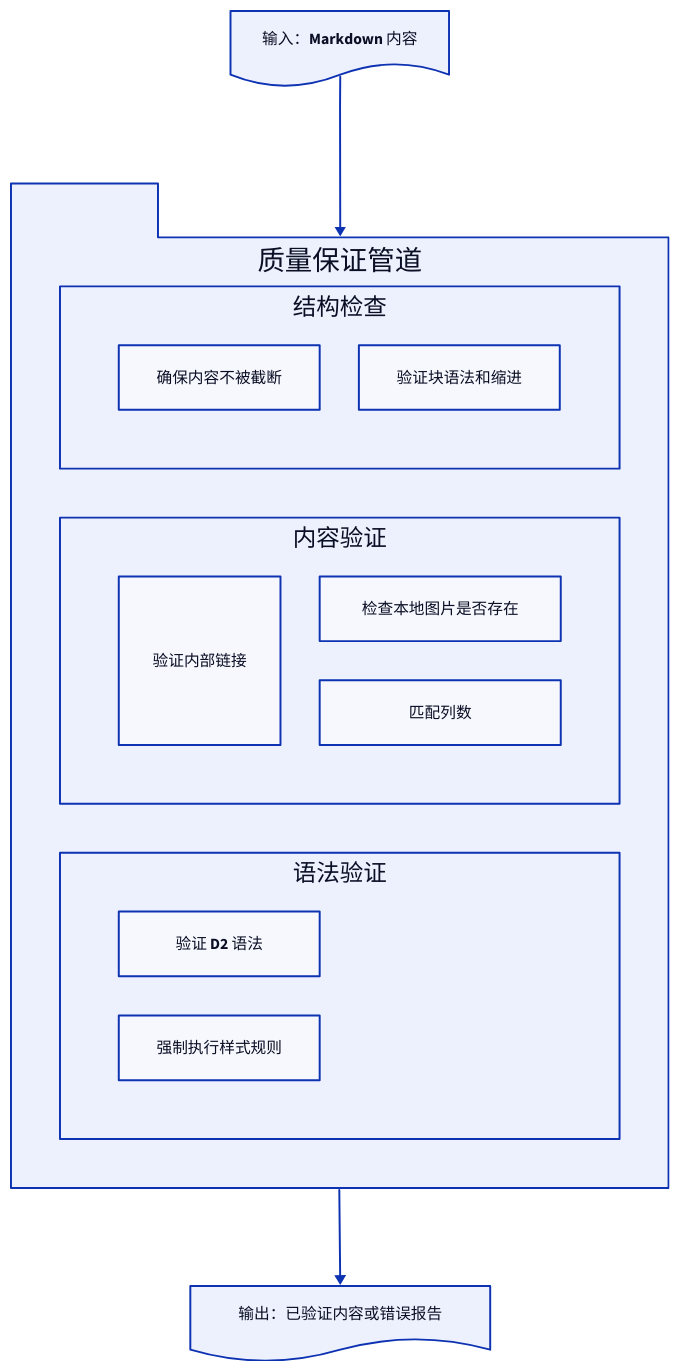
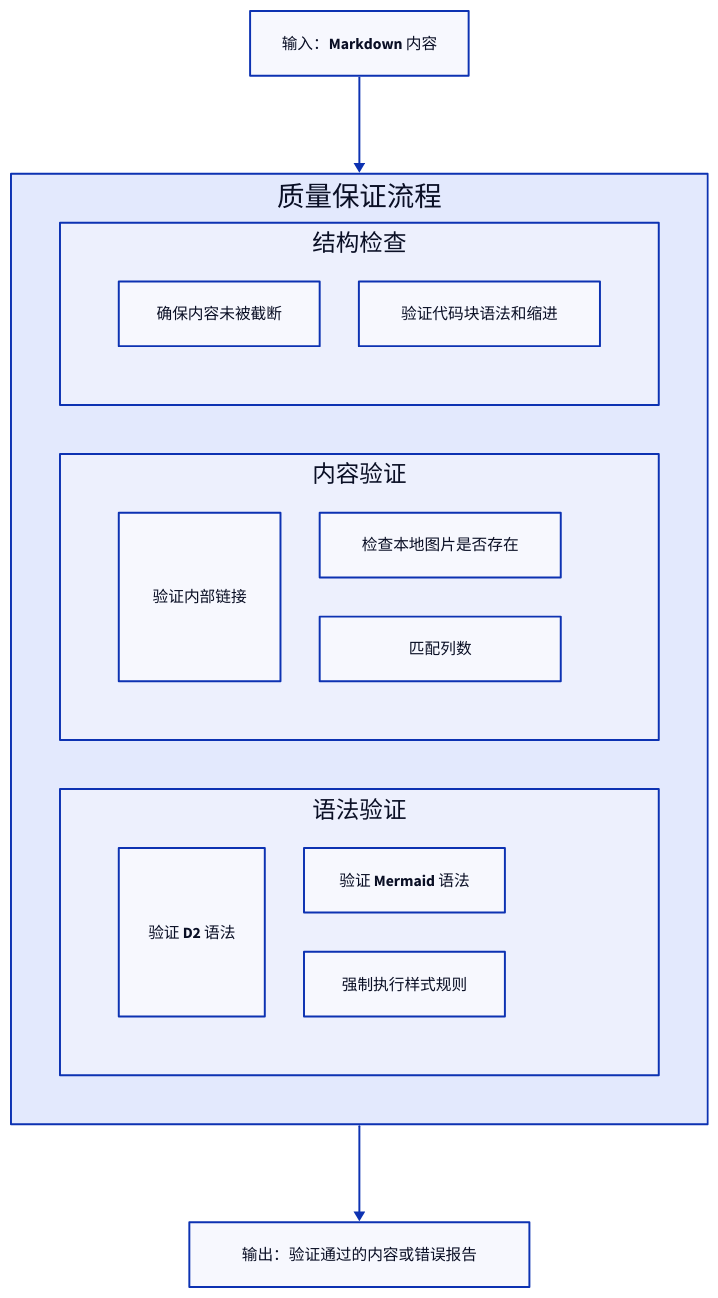
Before and after one commit to AIGNE-io/aigne-doc-smith: the diagram in docs/advanced-quality-assurance.zh.md, drawn with D2. The commit also changed other lines of this file and 35 other files, not shown here.

````diff
--- a/docs/advanced-quality-assurance.zh.md
+++ b/docs/advanced-quality-assurance.zh.md
@@ -7,42 +7,49 @@
 ```d2
 direction: down
 
-"输入：Markdown 内容": {
-  shape: document
+Input-Markdown-Content: {
+  label: "输入：Markdown 内容"
+  shape: rectangle
 }
 
-"质量保证管道": {
-  shape: package
+QA-Pipeline: {
+  label: "质量保证流程"
+  shape: rectangle
   grid-columns: 1
   grid-gap: 50
 
-  "结构检查": {
+  Structural-Checks: {
+    label: "结构检查"
     shape: rectangle
     grid-columns: 2
-    "完整性": "确保内容不被截断"
-    "代码块": "验证块语法和缩进"
+    Completeness: "确保内容未被截断"
+    Code-Blocks: "验证代码块语法和缩进"
   }
 
-  "内容验证": {
+  Content-Validation: {
+    label: "内容验证"
     shape: rectangle
     grid-columns: 2
-    "链接完整性": "验证内部链接"
-    "图片路径": "检查本地图片是否存在"
-    "表格格式": "匹配列数"
+    Link-Integrity: "验证内部链接"
+    Image-Paths: "检查本地图片是否存在"
+    Table-Formatting: "匹配列数"
   }
 
-  "语法验证": {
+  Syntax-Validation: {
+    label: "语法验证"
     shape: rectangle
-    grid-columns: 1
-    "D2 图表": "验证 D2 语法"
-    "Markdown Linting": "强制执行样式规则"
+    grid-columns: 2
+    D2-Diagrams: "验证 D2 语法"
+    Mermaid-Diagrams: "验证 Mermaid 语法"
+    Markdown-Linting: "强制执行样式规则"
   }
 }
 
-"输出：已验证内容或错误报告": {
-  shape: document
+Output-Validated-Content-or-Error-Report: {
+  label: "输出：验证通过的内容或错误报告"
+  shape: rectangle
 }
 
-"输入：Markdown 内容" -> "质量保证管道"
-"质量保证管道" -> "输出：已验证内容或错误报告"
+Input-Markdown-Content -> QA-Pipeline
+QA-Pipeline -> Output-Validated-Content-or-Error-Report
 ```
````
